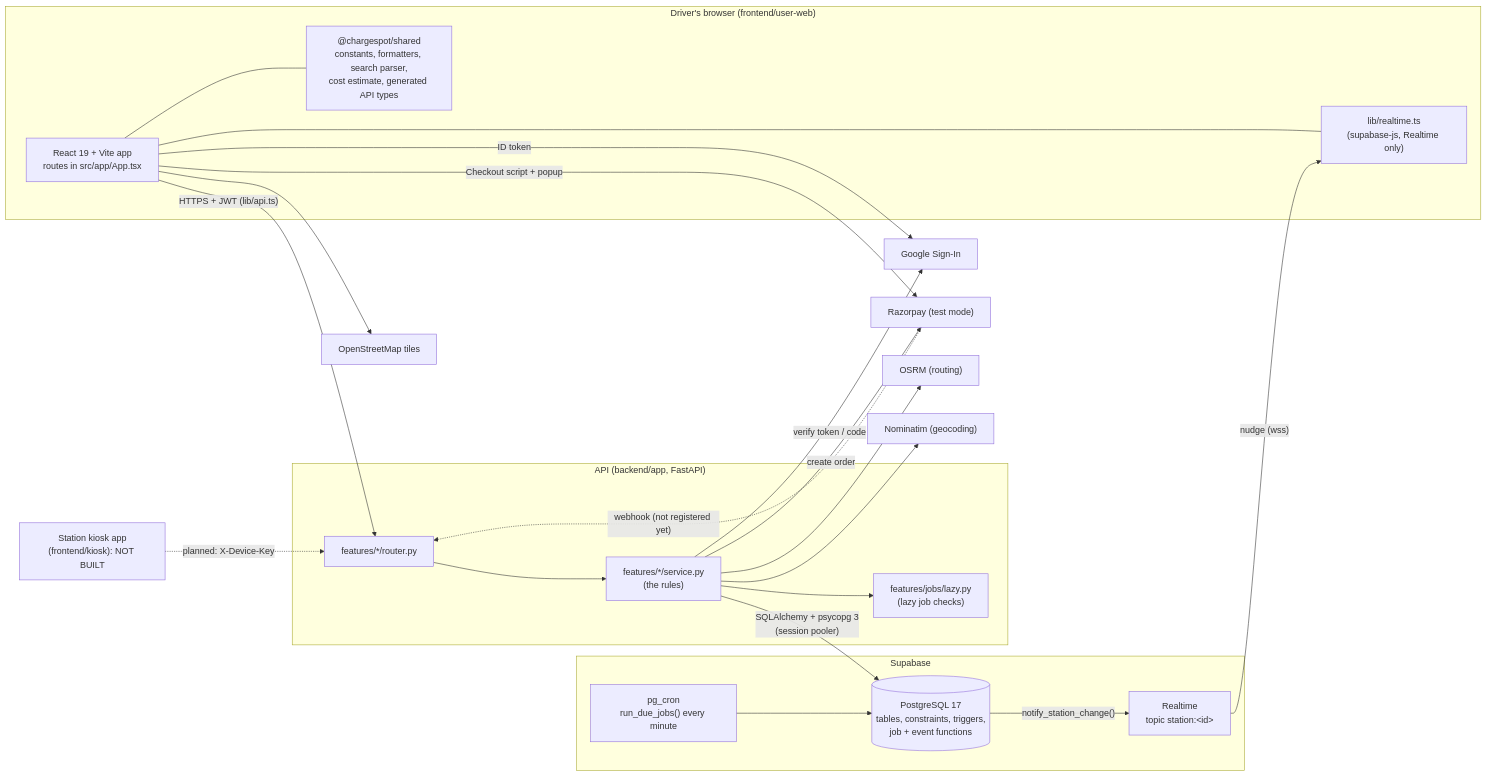
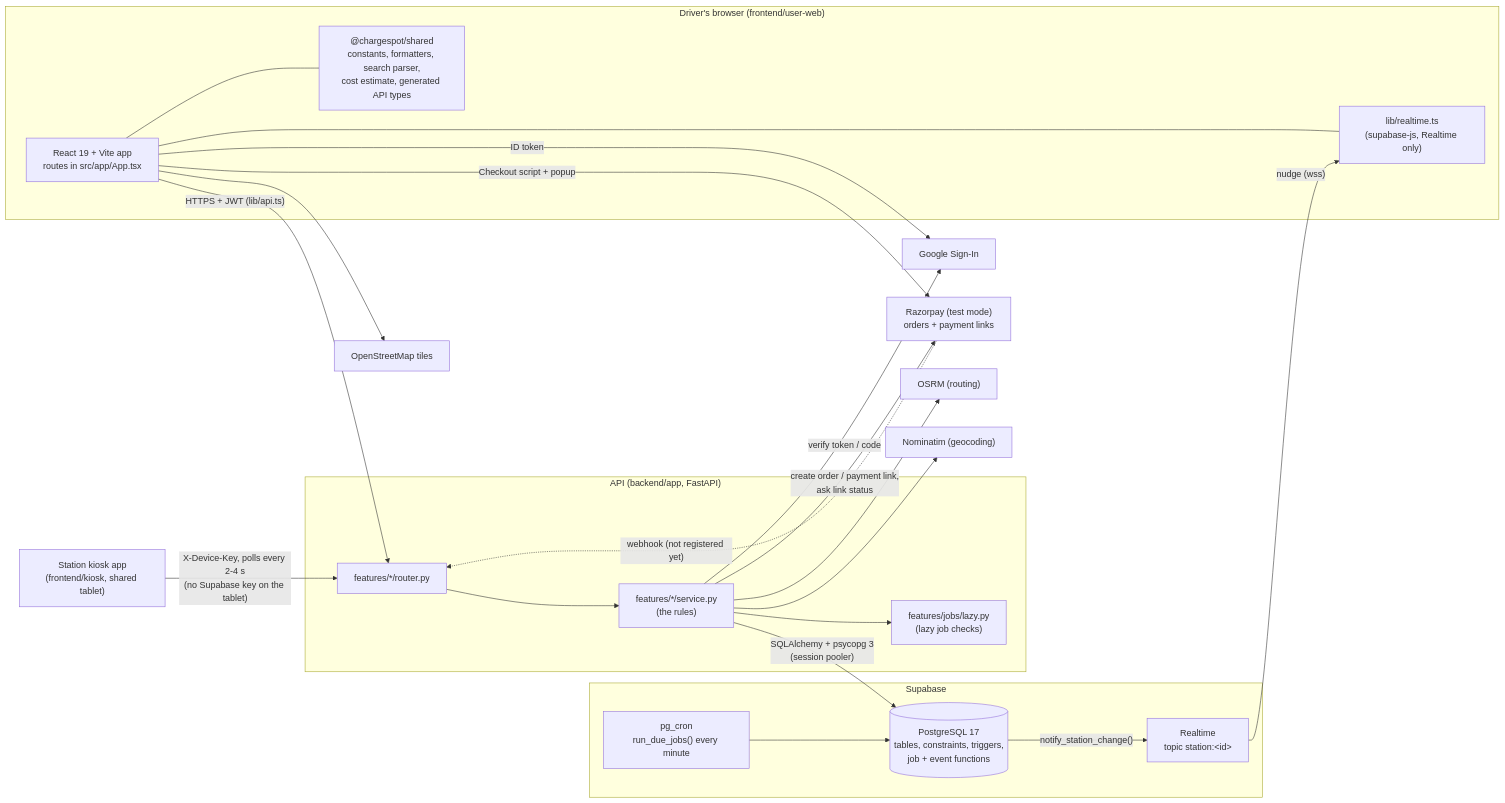
Before and after one commit to MeetChaniyara7/ChargeIT: the sixth of 6 diagrams in docs/architecture.md, drawn with Mermaid. The commit also changed other lines of this file and 94 other files, not shown here.

Commit message:
Phase 6: station kiosk, walk-in payment links, energy bill payment and receipts

````diff
--- a/docs/architecture.md
+++ b/docs/architecture.md
@@ -775,47 +781,47 @@
 ```mermaid
 flowchart LR
     subgraph Browser["Driver's browser (frontend/user-web)"]
         UI["React 19 + Vite app<br/>routes in src/app/App.tsx"]
         SHARED["@chargespot/shared<br/>constants, formatters, search parser,<br/>cost estimate, generated API types"]
         RT["lib/realtime.ts<br/>(supabase-js, Realtime only)"]
         UI --- SHARED
         UI --- RT
     end
 
     subgraph API["API (backend/app, FastAPI)"]
         ROUTERS["features/*/router.py"]
         SERVICES["features/*/service.py<br/>(the rules)"]
         LAZY["features/jobs/lazy.py<br/>(lazy job checks)"]
         ROUTERS --> SERVICES
         SERVICES --> LAZY
     end
 
     subgraph SB["Supabase"]
         DB[("PostgreSQL 17<br/>tables, constraints, triggers,<br/>job + event functions")]
         CRON["pg_cron<br/>run_due_jobs() every minute"]
         REALTIME["Realtime<br/>topic station:&lt;id&gt;"]
         CRON --> DB
         DB -- "notify_station_change()" --> REALTIME
     end
 
     GOOGLE["Google Sign-In"]
-    RZP["Razorpay (test mode)"]
+    RZP["Razorpay (test mode)<br/>orders + payment links"]
     OSRM["OSRM (routing)"]
     NOM["Nominatim (geocoding)"]
     TILES["OpenStreetMap tiles"]
 
     UI -- "HTTPS + JWT (lib/api.ts)" --> ROUTERS
     SERVICES -- "SQLAlchemy + psycopg 3<br/>(session pooler)" --> DB
     REALTIME -- "nudge (wss)" --> RT
     UI -- "ID token" --> GOOGLE
     SERVICES -- "verify token / code" --> GOOGLE
     UI -- "Checkout script + popup" --> RZP
-    SERVICES -- "create order" --> RZP
+    SERVICES -- "create order / payment link,<br/>ask link status" --> RZP
     RZP -. "webhook (not registered yet)" .-> ROUTERS
     SERVICES --> OSRM
     SERVICES --> NOM
     UI --> TILES
 
-    KIOSK["Station kiosk app<br/>(frontend/kiosk): NOT BUILT"]
-    KIOSK -. "planned: X-Device-Key" .-> ROUTERS
+    KIOSK["Station kiosk app<br/>(frontend/kiosk, shared tablet)"]
+    KIOSK -- "X-Device-Key, polls every 2-4 s<br/>(no Supabase key on the tablet)" --> ROUTERS
 ```
````
